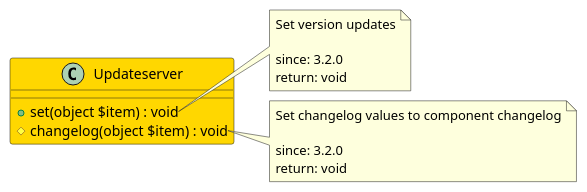
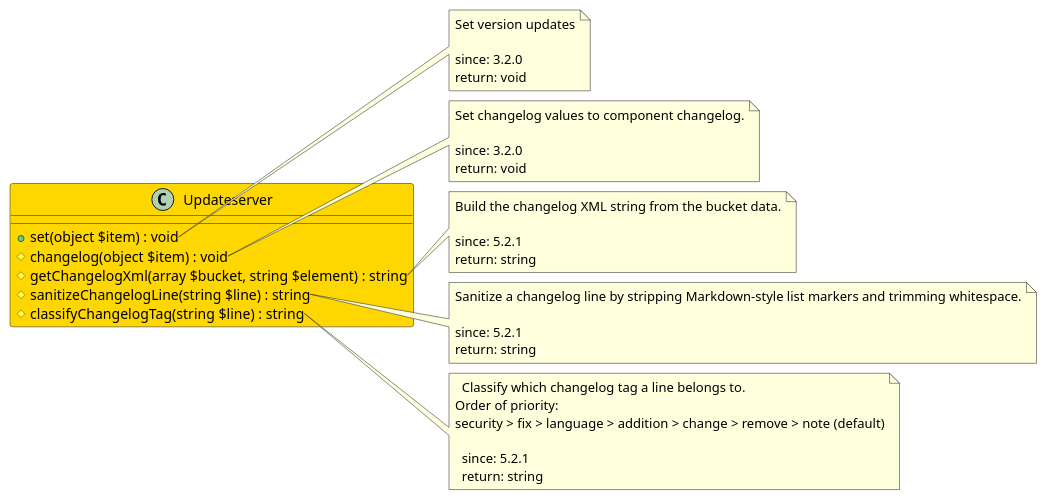
One commit to joomengine/jcb-compiler changed the diagram in src/1d0fd857-12ec-4f47-ab1c-124d85748e24/README.md. Above: the diagram before and after it, drawn with PlantUML. The commit also changed 138 other files, not shown here.

````diff
--- a/src/1d0fd857-12ec-4f47-ab1c-124d85748e24/README.md
+++ b/src/1d0fd857-12ec-4f47-ab1c-124d85748e24/README.md
@@ -5,24 +5,50 @@
 ```uml
 @startuml
 
 class Updateserver  #Gold {
   + set(object $item) : void
   # changelog(object $item) : void
+  # getChangelogXml(array $bucket, string $element) : string
+  # sanitizeChangelogLine(string $line) : string
+  # classifyChangelogTag(string $line) : string
 }
 
 note right of Updateserver::set
   Set version updates
 
   since: 3.2.0
   return: void
 end note
 
 note right of Updateserver::changelog
-  Set changelog values to component changelog
+  Set changelog values to component changelog.
 
   since: 3.2.0
   return: void
 end note
 
+note right of Updateserver::getChangelogXml
+  Build the changelog XML string from the bucket data.
+
+  since: 5.2.1
+  return: string
+end note
+
+note right of Updateserver::sanitizeChangelogLine
+  Sanitize a changelog line by stripping Markdown-style list markers and trimming whitespace.
+
+  since: 5.2.1
+  return: string
+end note
+
+note right of Updateserver::classifyChangelogTag
+  Classify which changelog tag a line belongs to.
+Order of priority:
+security > fix > language > addition > change > remove > note (default)
+
+  since: 5.2.1
+  return: string
+end note
+
 @enduml
 ```
````
